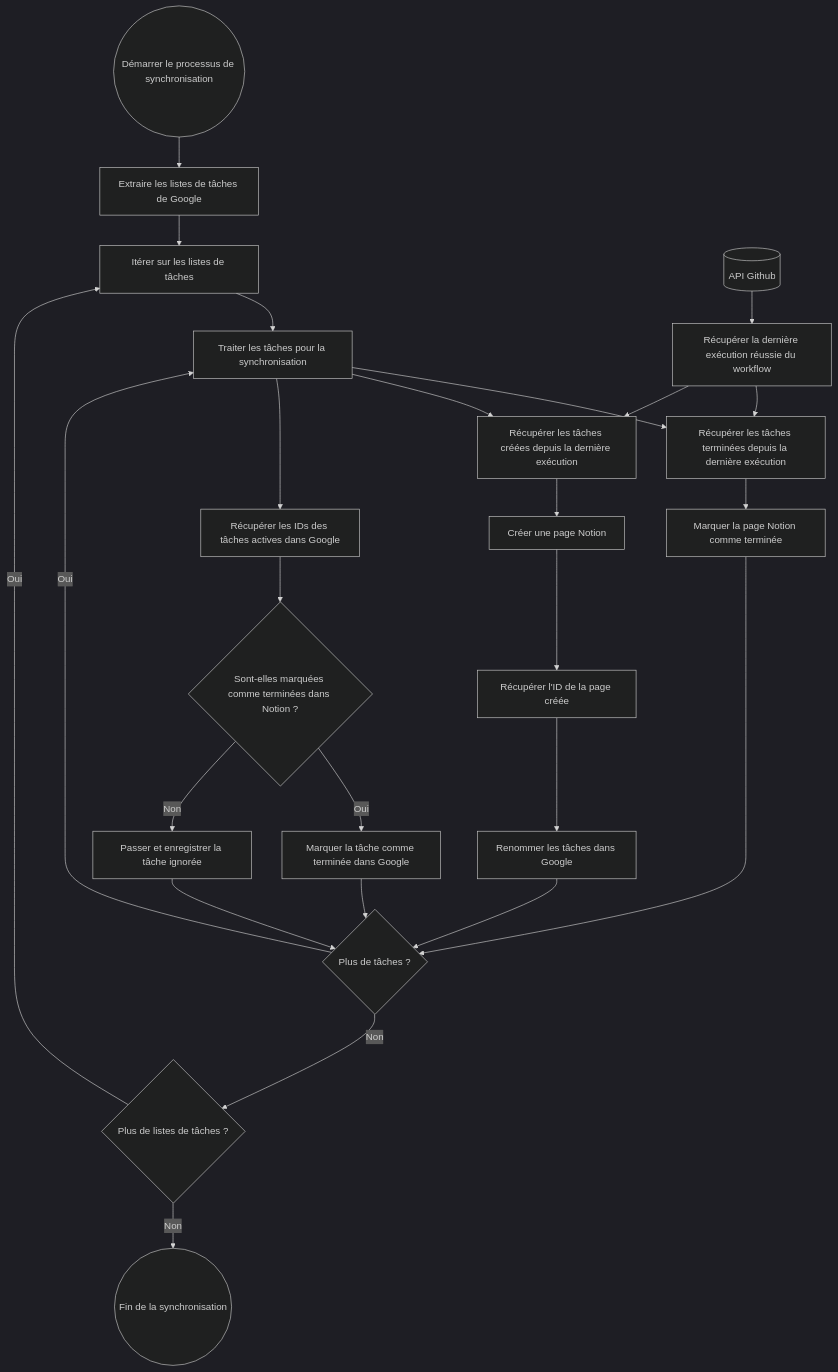
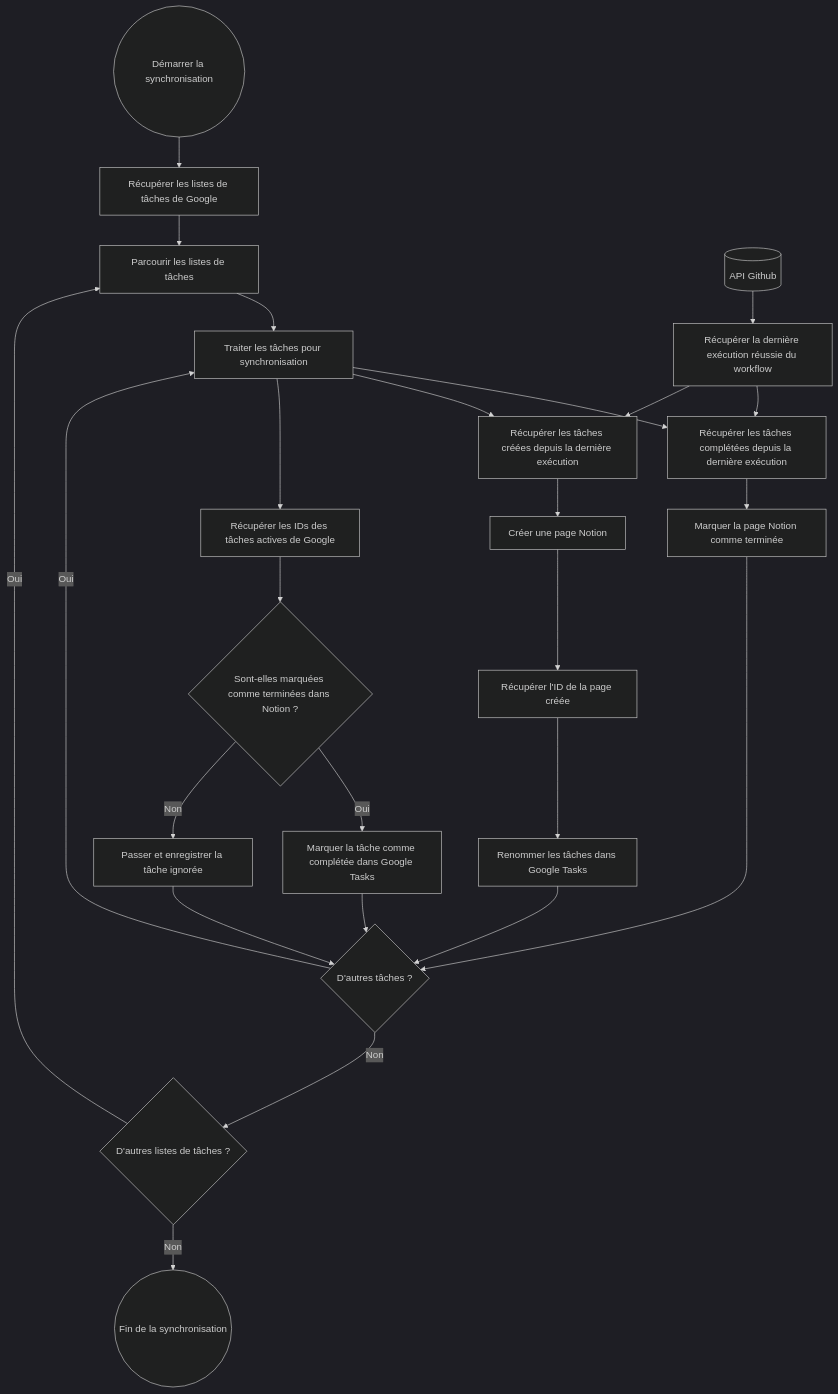
The first of 2 diagrams in content/posts/Codelab/Notion2googletask/index.fr.md (MarcChen/marcchen.github.io), drawn with Mermaid (dark theme) before and after one commit. The commit also changed other lines of this file and 2 other files, not shown here.

Commit message:
updated notion2task posts

```diff
--- a/content/posts/Codelab/Notion2googletask/index.fr.md
+++ b/content/posts/Codelab/Notion2googletask/index.fr.md
@@ -235,31 +36,28 @@
 {{< mermaid align="center">}}
   graph TD
 
-    A((Démarrer le processus de synchronisation)) --> B[Extraire les listes de tâches de Google]
-
-    B --> C[Itérer sur les listes de tâches]
-    C --> D[Traiter les tâches pour la synchronisation]
-    D --> TASK1[Récupérer les tâches terminées depuis la dernière exécution]
+    A((Démarrer la synchronisation)) --> B[Récupérer les listes de tâches de Google]
+    B --> C[Parcourir les listes de tâches]
+    C --> D[Traiter les tâches pour synchronisation]
+    D --> TASK1[Récupérer les tâches complétées depuis la dernière exécution]
     D --> TASK2[Récupérer les tâches créées depuis la dernière exécution]
-    D --> TASK3[Récupérer les IDs des tâches actives dans Google]
+    D --> TASK3[Récupérer les IDs des tâches actives de Google]
     DB1[(API Github)] --> DB2[Récupérer la dernière exécution réussie du workflow]
     DB2 --> TASK1
     DB2 --> TASK2
-
     TASK1 --> TASK11[Marquer la page Notion comme terminée]
-    TASK11 --> X{Plus de tâches ?}
+    TASK11 --> X{D'autres tâches ?}
     TASK2 --> TASK21[Créer une page Notion]
     TASK21 --> TASK211[Récupérer l'ID de la page créée]
-    TASK211 --> TASK2111[Renommer les tâches dans Google]
+    TASK211 --> TASK2111[Renommer les tâches dans Google Tasks]
     TASK2111 --> X
     TASK3 --> TASK31{Sont-elles marquées comme terminées dans Notion ?}
-    TASK31 --> |Oui| TASK311[Marquer la tâche comme terminée dans Google]
+    TASK31 --> |Oui| TASK311[Marquer la tâche comme complétée dans Google Tasks]
     TASK31 --> |Non| TASK312[Passer et enregistrer la tâche ignorée]
     TASK311 --> X
     TASK312 --> X
-
     X --> |Oui| D
-    X --> |Non| Y{Plus de listes de tâches ?}
+    X --> |Non| Y{D'autres listes de tâches ?}
     Y --> |Oui| C
     Y --> |Non| Z((Fin de la synchronisation))
 {{< /mermaid >}}
```
